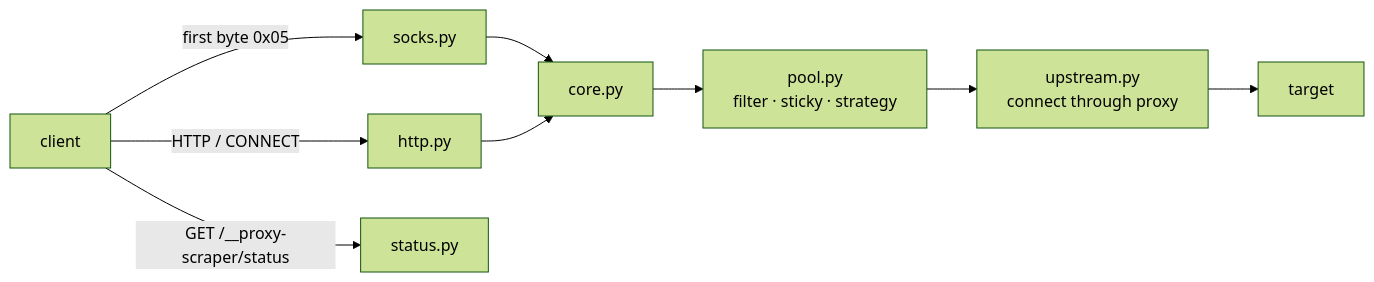
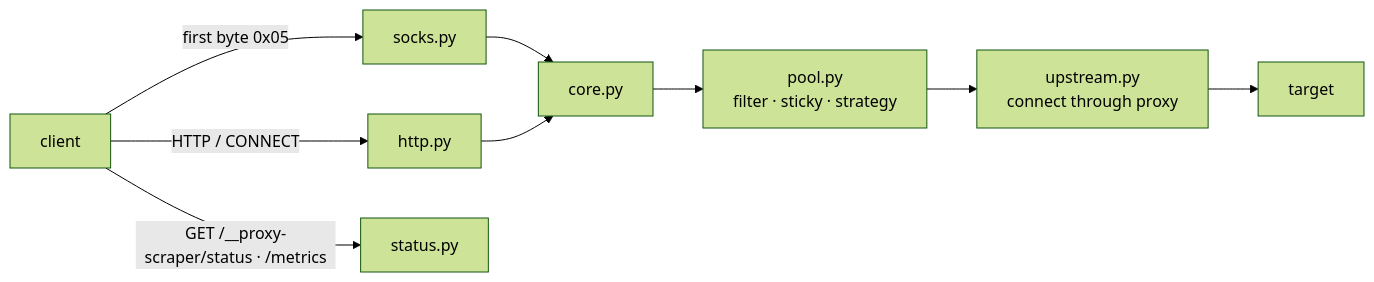
The third of 4 diagrams in docs/ARCHITECTURE.md (maximilianfeix/proxy-scraper), drawn with Mermaid (forest theme) before and after one commit. The commit also changed other lines of this file and 1 other file, not shown here.

Commit message:
Architecture doc: blocklist, site, bot, failure kinds; one dependabot pip entry (#99)

````diff
--- a/docs/ARCHITECTURE.md
+++ b/docs/ARCHITECTURE.md
@@ -72,11 +76,11 @@
 ```mermaid
 flowchart LR
     CL[client] -->|first byte 0x05| S5[socks.py]
     CL -->|HTTP / CONNECT| H[http.py]
-    CL -->|GET /__proxy-scraper/status| ST[status.py]
+    CL -->|GET /__proxy-scraper/status · /metrics| ST[status.py]
     S5 --> CO[core.py]
     H --> CO
     CO --> PO[pool.py<br/>filter · sticky · strategy]
     PO --> UP[upstream.py<br/>connect through proxy]
     UP --> T[target]
 ```
````
